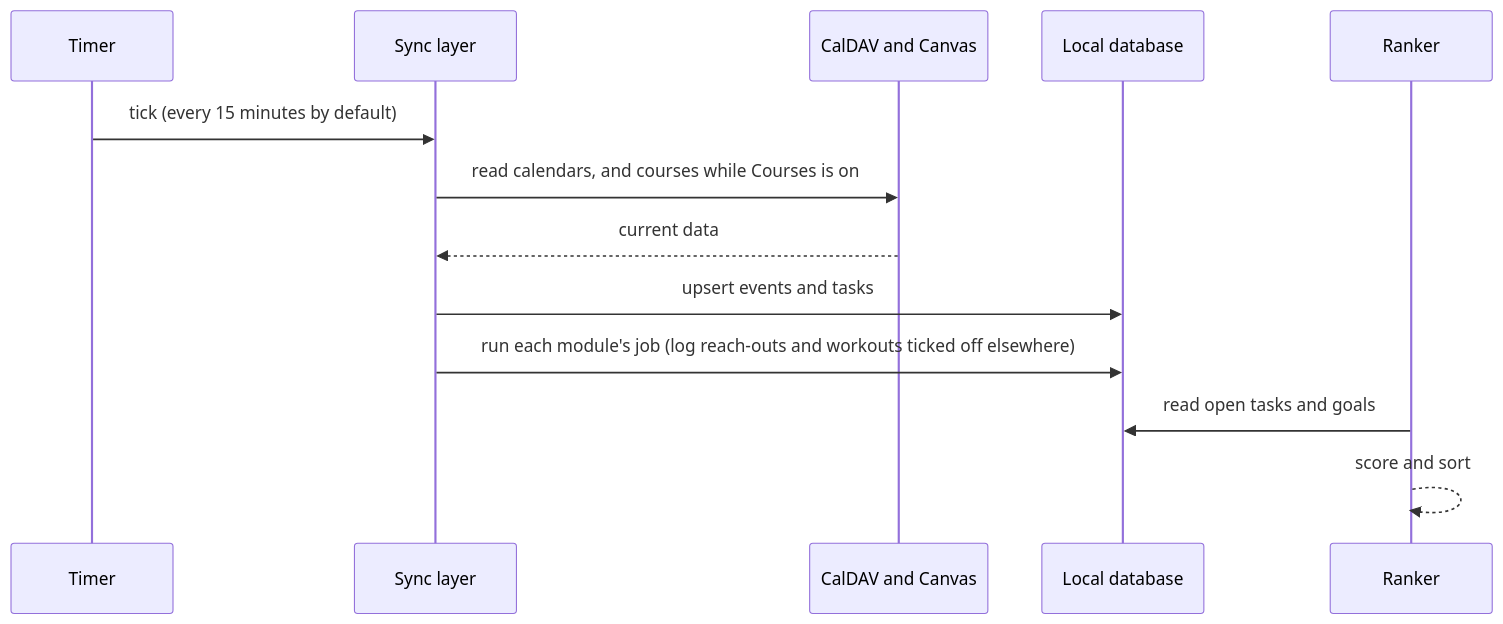
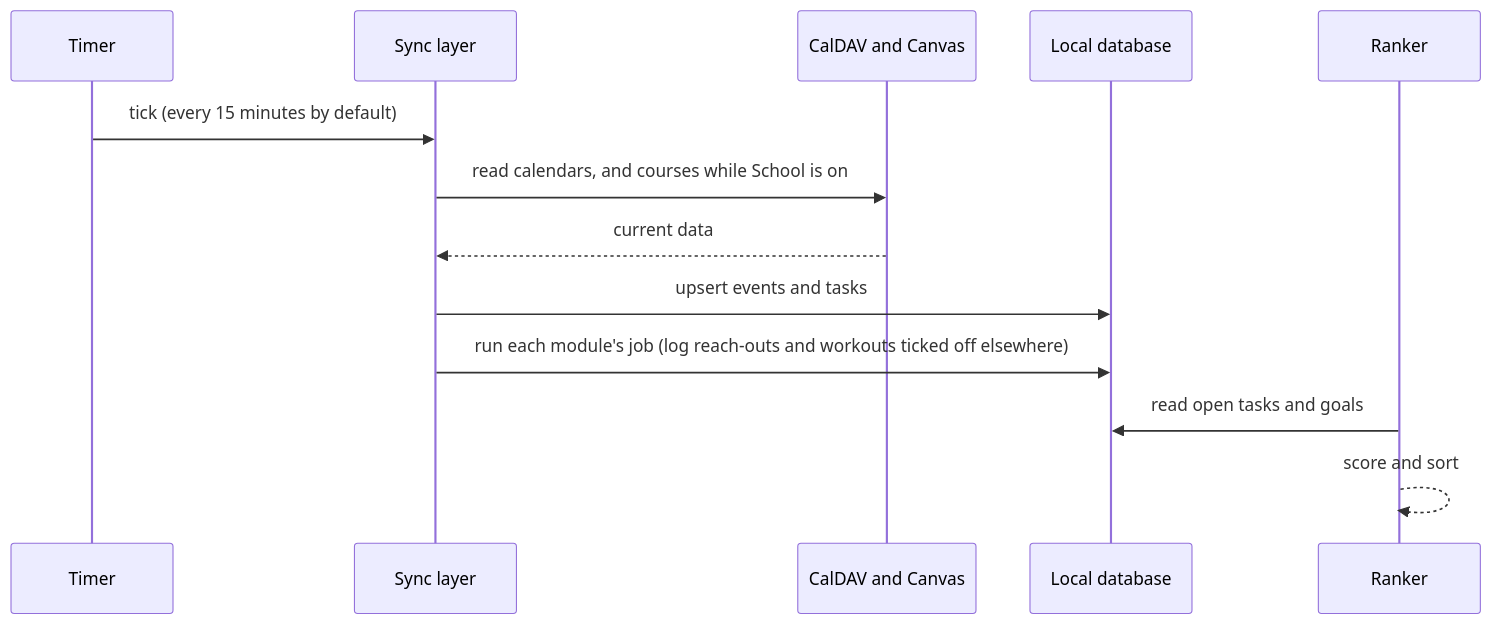
Before and after one commit to pockanoodles/erwin: the second of 5 diagrams in README.md, drawn with Mermaid. The commit also changed other lines of this file and 4 other files, not shown here.

````diff
--- a/README.md
+++ b/README.md
@@ -138,16 +138,16 @@
 ```mermaid
 sequenceDiagram
     participant T as Timer
     participant S as Sync layer
     participant X as CalDAV and Canvas
     participant DB as Local database
     participant R as Ranker
 
     T->>S: tick (every 15 minutes by default)
-    S->>X: read calendars, and courses while Courses is on
+    S->>X: read calendars, and courses while School is on
     X-->>S: current data
     S->>DB: upsert events and tasks
     S->>DB: run each module's job (log reach-outs and workouts ticked off elsewhere)
     R->>DB: read open tasks and goals
     R-->>R: score and sort
 ```
````
